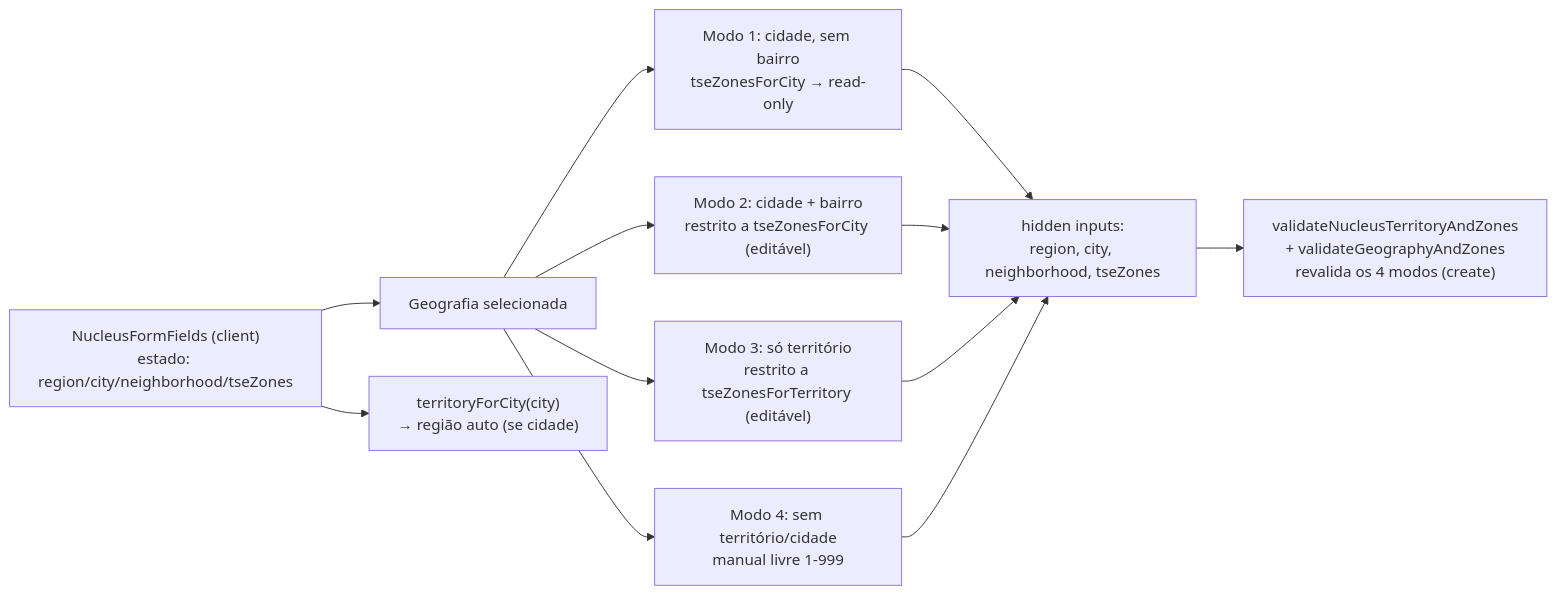
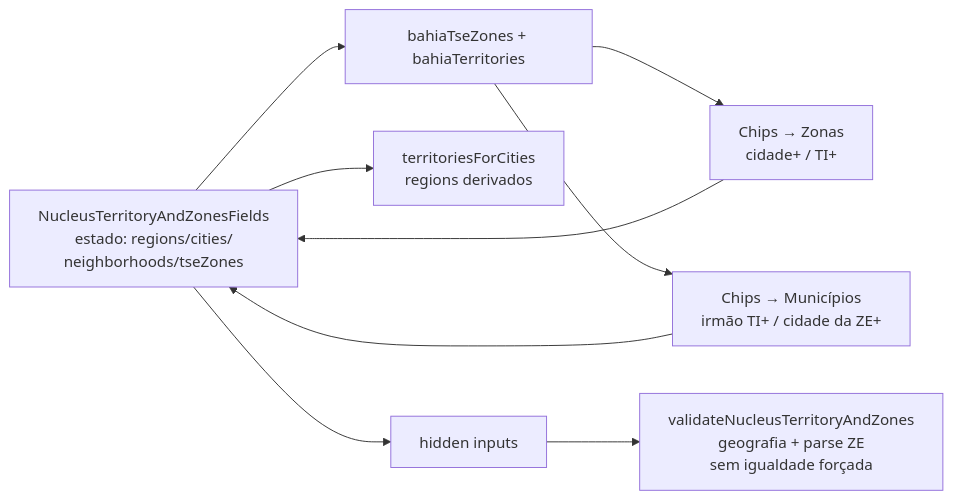
One commit to fsolla/teqo changed the diagram in docs/plans/zonas-por-municipio.md. Above: the diagram before and after it, drawn with Mermaid. The commit also changed other lines of this file and 14 other files, not shown here.

First line of the commit message:
Align docs with cycle 2 delivery and add roadmap-item skill.

````diff
--- a/docs/plans/zonas-por-municipio.md
+++ b/docs/plans/zonas-por-municipio.md
@@ -73,24 +88,19 @@
 ```mermaid
 flowchart LR
-    Form["NucleusFormFields (client)<br/>estado: region/city/neighborhood/tseZones"]
-    Geo["Geografia selecionada"]
-    Auto1["Modo 1: cidade, sem bairro<br/>tseZonesForCity → read-only"]
-    Auto2["Modo 2: cidade + bairro<br/>restrito a tseZonesForCity (editável)"]
-    Auto3["Modo 3: só território<br/>restrito a tseZonesForTerritory (editável)"]
-    Auto4["Modo 4: sem território/cidade<br/>manual livre 1-999"]
-    Region["territoryForCity(city)<br/>→ região auto (se cidade)"]
-    Hidden["hidden inputs:<br/>region, city, neighborhood, tseZones"]
-    Server["validateNucleusTerritoryAndZones<br/>+ validateGeographyAndZones<br/>revalida os 4 modos (create)"]
+    Coord["NucleusTerritoryAndZonesFields<br/>estado: regions/cities/<br/>neighborhoods/tseZones"]
+    Data["bahiaTseZones + bahiaTerritories"]
+    SugZE["Chips → Zonas<br/>cidade+ / TI+"]
+    SugCity["Chips → Municípios<br/>irmão TI+ / cidade da ZE+"]
+    Regions["territoriesForCities<br/>regions derivados"]
+    Hidden["hidden inputs"]
+    Server["validateNucleusTerritoryAndZones<br/>geografia + parse ZE<br/>sem igualdade forçada"]
 
-    Form --> Geo
-    Geo --> Auto1
-    Geo --> Auto2
-    Geo --> Auto3
-    Geo --> Auto4
-    Form --> Region
-    Auto1 --> Hidden
-    Auto2 --> Hidden
-    Auto3 --> Hidden
-    Auto4 --> Hidden
+    Coord --> Data
+    Data --> SugZE
+    Data --> SugCity
+    Coord --> Regions
+    SugZE --> Coord
+    SugCity --> Coord
+    Coord --> Hidden
     Hidden --> Server
 ```
````
